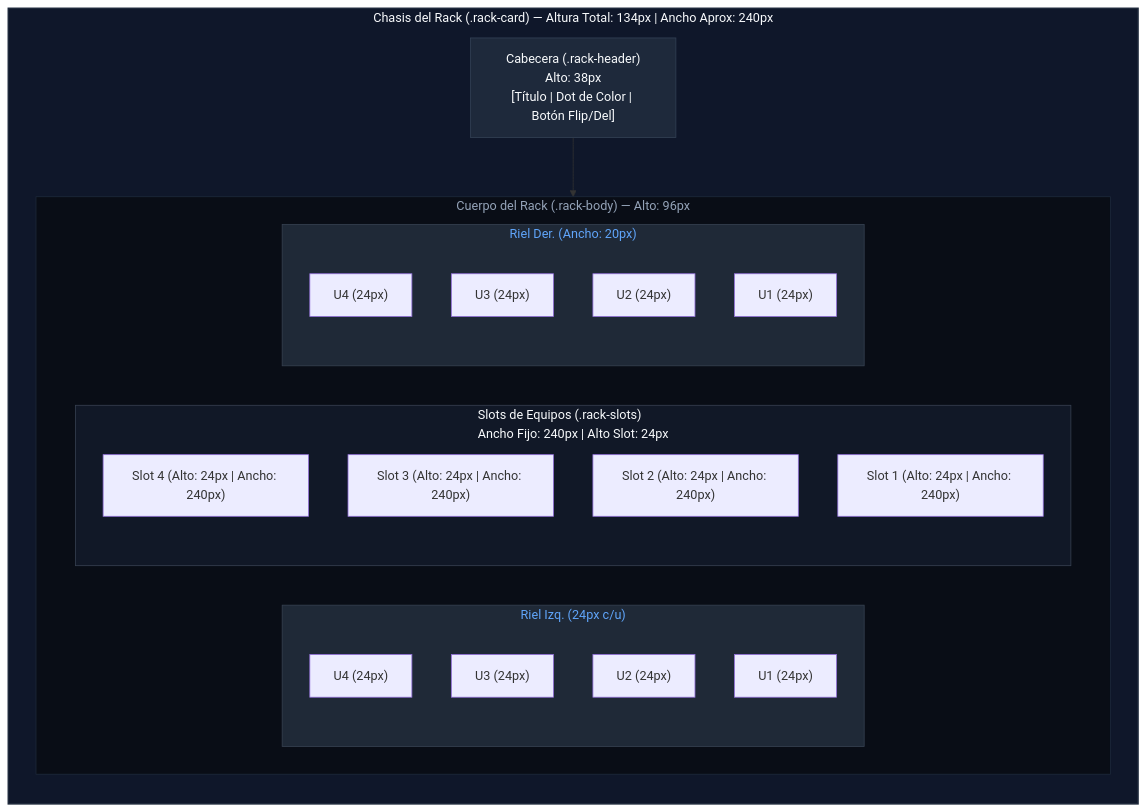
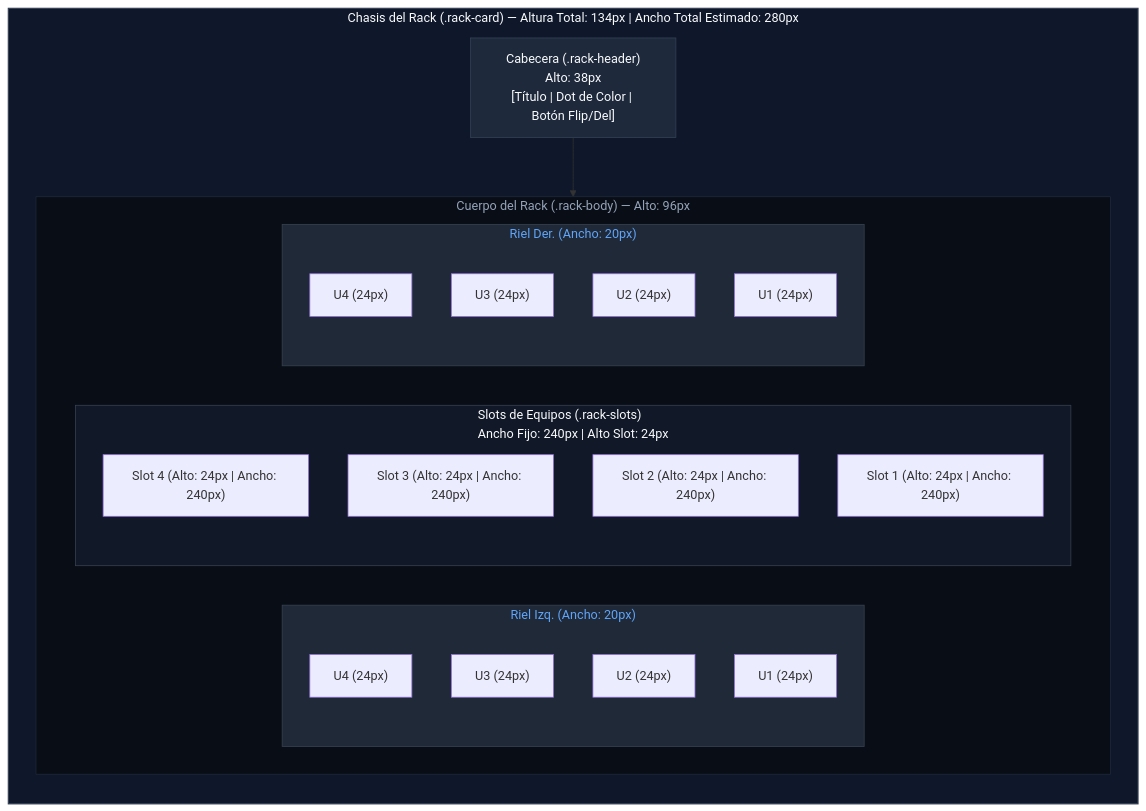
Before and after one commit to cnodfcuellar/Rack_Designer_2: the diagram in DOC/doc_md/medidas_racks.md, drawn with Mermaid. The commit also changed other lines of this file and 39 other files, not shown here.

Commit message:
chore: Actualización de roadmap de exportación y nuevos accesorios en catálogo

````diff
--- a/DOC/doc_md/medidas_racks.md
+++ b/DOC/doc_md/medidas_racks.md
@@ -65,52 +74,52 @@
 ```mermaid
 graph TD
     %% Contenedor del Rack
-    subgraph RackCard ["Chasis del Rack (.rack-card) — Altura Total: 134px | Ancho Aprox: 240px"]
+    subgraph RackCard ["Chasis del Rack (.rack-card) — Altura Total: 134px | Ancho Total Estimado: 280px"]
         direction TB
 
         %% Cabecera
         Header["Cabecera (.rack-header)<br/>Alto: 38px<br/>[Título | Dot de Color | Botón Flip/Del]"]
 
         %% Cuerpo
         subgraph Body ["Cuerpo del Rack (.rack-body) — Alto: 96px"]
             direction LR
             
             %% Riel Izquierdo
-            subgraph RailL ["Riel Izq. (24px c/u)"]
+            subgraph RailL ["Riel Izq. (Ancho: 20px)"]
                 direction TB
                 RL4["U4 (24px)"]
                 RL3["U3 (24px)"]
                 RL2["U2 (24px)"]
                 RL1["U1 (24px)"]
             end
 
             %% Slots Centrales
             subgraph Slots ["Slots de Equipos (.rack-slots)<br/>Ancho Fijo: 240px | Alto Slot: 24px"]
                 direction TB
                 S4["Slot 4 (Alto: 24px | Ancho: 240px)"]
                 S3["Slot 3 (Alto: 24px | Ancho: 240px)"]
                 S2["Slot 2 (Alto: 24px | Ancho: 240px)"]
                 S1["Slot 1 (Alto: 24px | Ancho: 240px)"]
             end
 
             %% Riel Derecho
             subgraph RailR ["Riel Der. (Ancho: 20px)"]
                 direction TB
                 RR4["U4 (24px)"]
                 RR3["U3 (24px)"]
                 RR2["U2 (24px)"]
                 RR1["U1 (24px)"]
             end
         end
 
         Header --> Body
     end
 
     %% Estilos de los nodos
-    style RackCard fill:#0f172a,stroke:#1e293b,stroke-width:2px,color:#f8fafc
+    style RackCard fill:#0f172a,stroke:#334155,stroke-width:1.5px,color:#f8fafc
     style Header fill:#1e293b,stroke:#334155,stroke-width:1px,color:#f8fafc
     style Body fill:#090d16,stroke:#1e293b,stroke-width:1px,color:#94a3b8
     style Slots fill:#111827,stroke:#374151,stroke-width:1px,color:#f8fafc
     style RailL fill:#1f2937,stroke:#374151,stroke-width:1px,color:#60a5fa
     style RailR fill:#1f2937,stroke:#374151,stroke-width:1px,color:#60a5fa
 ```
````
